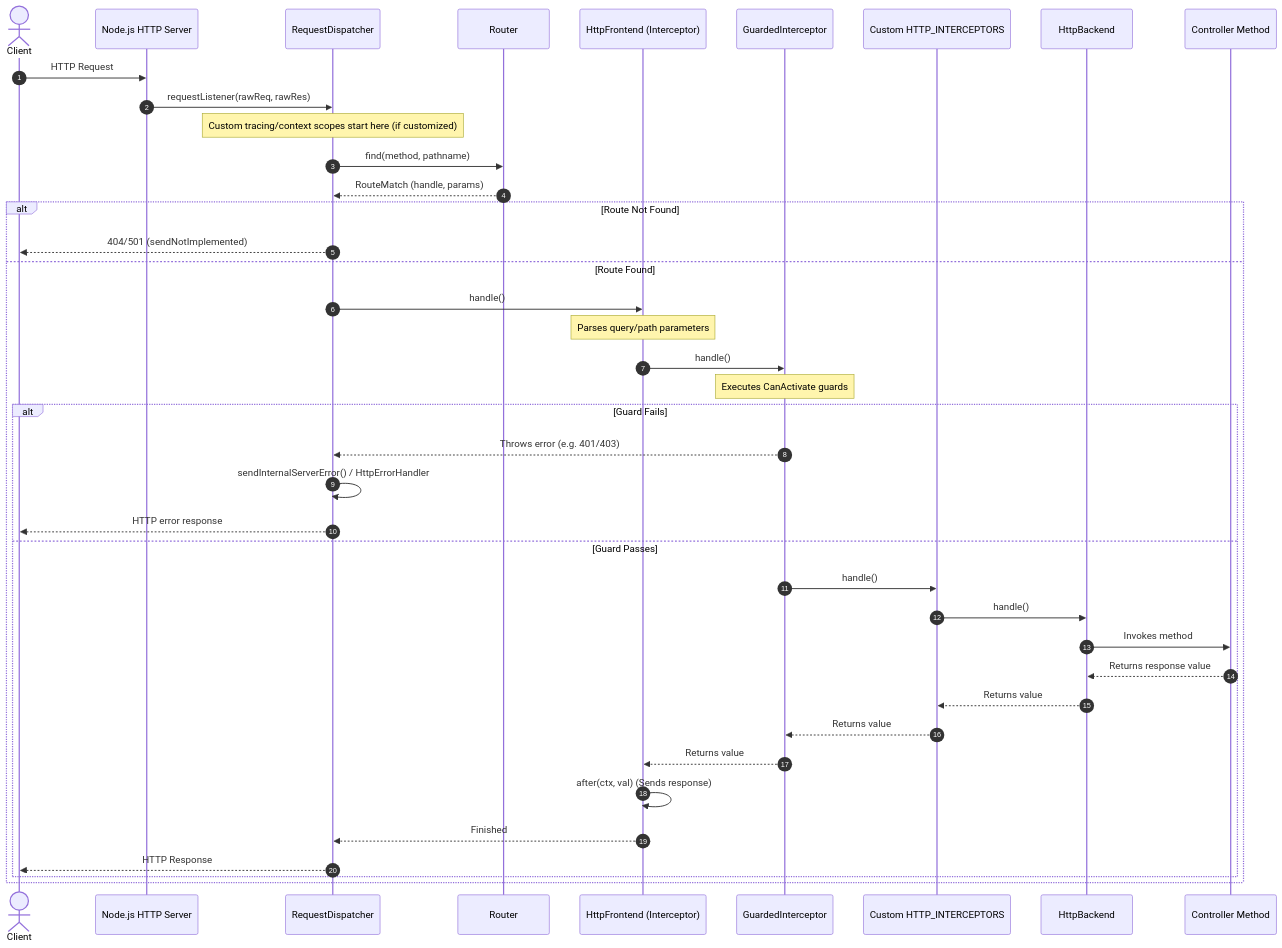
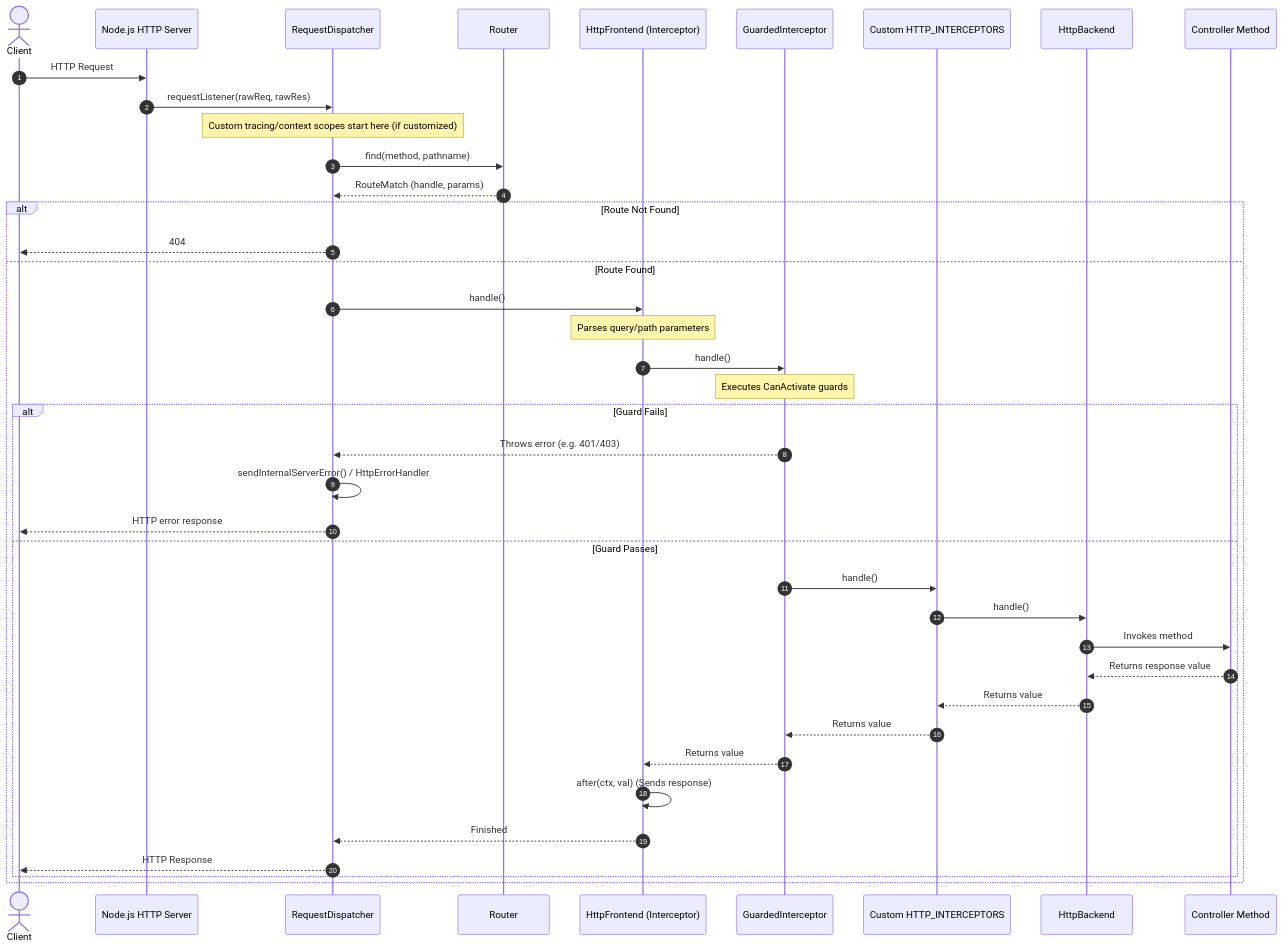
The diagram in skills/ditsmod-rest-workflow/SKILL.md (ditsmod/agent-skills), drawn with Mermaid before and after one commit. The commit also changed other lines of this file, not shown here.

Commit message:
replace 501 status by 404

````diff
--- a/skills/ditsmod-rest-workflow/SKILL.md
+++ b/skills/ditsmod-rest-workflow/SKILL.md
@@ -16,48 +16,48 @@
 ```mermaid
 sequenceDiagram
     autonumber
     actor Client
     participant Server as Node.js HTTP Server
     participant Dispatcher as RequestDispatcher
     participant Router as Router
     participant Frontend as HttpFrontend (Interceptor)
     participant Guards as GuardedInterceptor
     participant Custom as Custom HTTP_INTERCEPTORS
     participant Backend as HttpBackend
     participant Controller as Controller Method
 
     Client->>Server: HTTP Request
     Server->>Dispatcher: requestListener(rawReq, rawRes)
 
     Note over Dispatcher: Custom tracing/context scopes start here (if customized)
 
     Dispatcher->>Router: find(method, pathname)
     Router-->>Dispatcher: RouteMatch (handle, params)
 
     alt Route Not Found
-        Dispatcher-->>Client: 404/501 (sendNotImplemented)
+        Dispatcher-->>Client: 404
     else Route Found
         Dispatcher->>Frontend: handle()
         Note over Frontend: Parses query/path parameters
 
         Frontend->>Guards: handle()
         Note over Guards: Executes CanActivate guards
 
         alt Guard Fails
             Guards-->>Dispatcher: Throws error (e.g. 401/403)
             Dispatcher->>Dispatcher: sendInternalServerError() / HttpErrorHandler
             Dispatcher-->>Client: HTTP error response
         else Guard Passes
             Guards->>Custom: handle()
             Custom->>Backend: handle()
             Backend->>Controller: Invokes method
             Controller-->>Backend: Returns response value
             Backend-->>Custom: Returns value
             Custom-->>Guards: Returns value
             Guards-->>Frontend: Returns value
             Frontend->>Frontend: after(ctx, val) (Sends response)
             Frontend-->>Dispatcher: Finished
             Dispatcher-->>Client: HTTP Response
         end
     end
 ```
````
